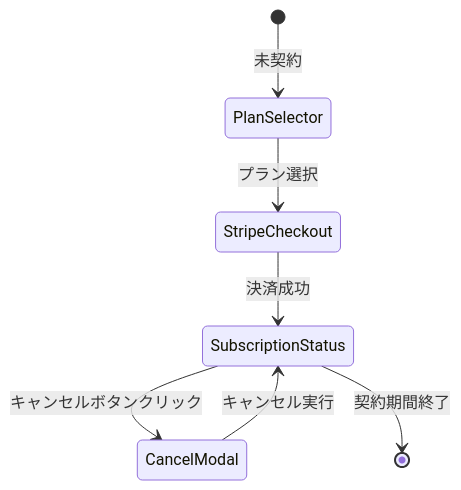
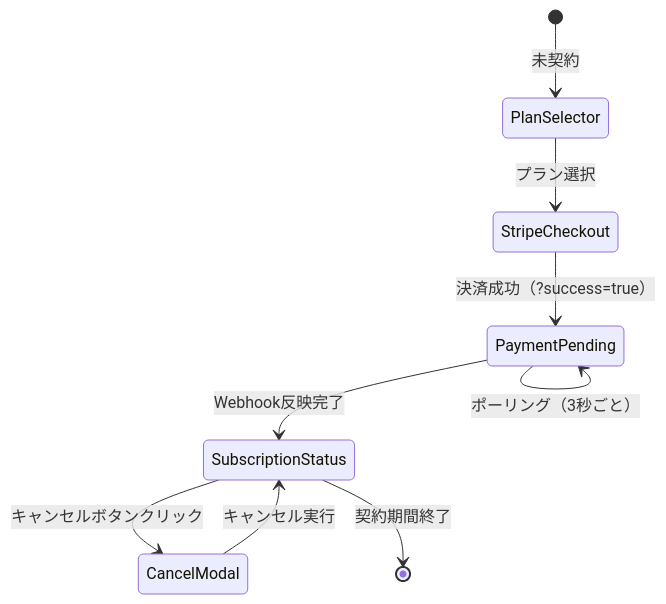
One commit to tezuka-Akihiro/ClaudeMix changed the second of 2 diagrams in develop/account/subscription/uiux-spec.md. Above: the diagram before and after it, drawn with Mermaid. The commit also changed other lines of this file and 4 other files, not shown here.

````diff
--- a/develop/account/subscription/uiux-spec.md
+++ b/develop/account/subscription/uiux-spec.md
@@ -363,9 +366,11 @@
 ```mermaid
 stateDiagram-v2
     [*] --> PlanSelector: 未契約
     PlanSelector --> StripeCheckout: プラン選択
-    StripeCheckout --> SubscriptionStatus: 決済成功
+    StripeCheckout --> PaymentPending: 決済成功（?success=true）
+    PaymentPending --> SubscriptionStatus: Webhook反映完了
+    PaymentPending --> PaymentPending: ポーリング（3秒ごと）
     SubscriptionStatus --> CancelModal: キャンセルボタンクリック
     CancelModal --> SubscriptionStatus: キャンセル実行
     SubscriptionStatus --> [*]: 契約期間終了
 ```
````
